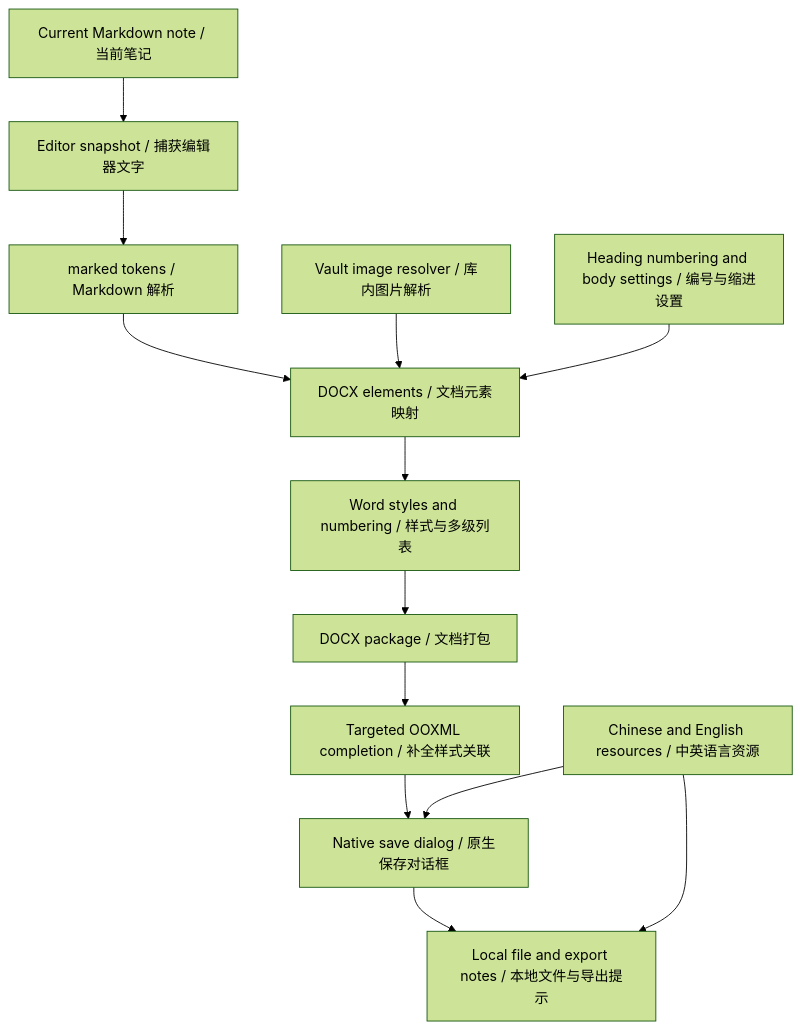
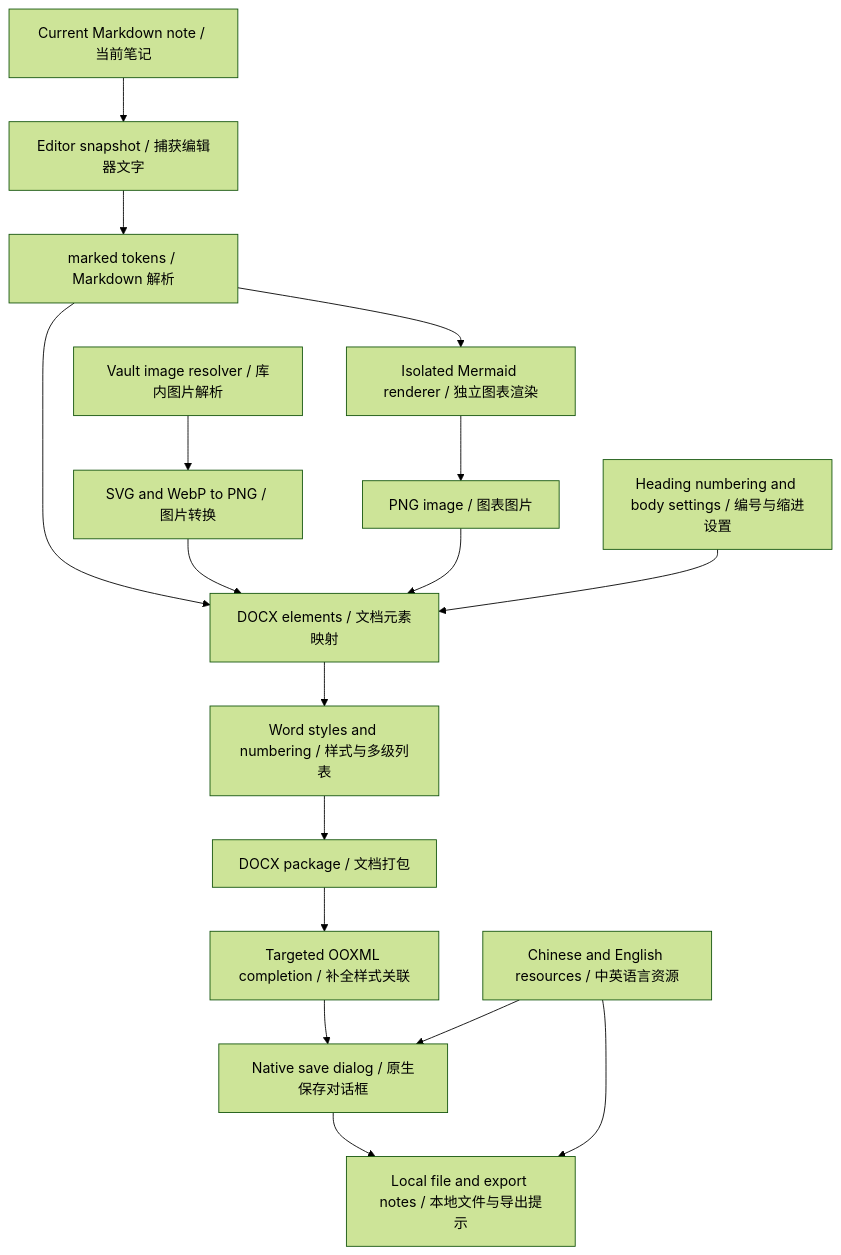
Before and after one commit to WNGjeanm/obsidian-noteport: the diagram in docs/architecture.md, drawn with Mermaid (forest theme). The commit also changed other lines of this file and 33 other files, not shown here.

Commit message:
Release NotePort 0.2.0: images and Mermaid to Word

````diff
--- a/docs/architecture.md
+++ b/docs/architecture.md
@@ -11,15 +11,19 @@
 ```mermaid
 flowchart TD
     A[Current Markdown note / 当前笔记] --> B[Editor snapshot / 捕获编辑器文字]
     B --> C[marked tokens / Markdown 解析]
     C --> D[DOCX elements / 文档元素映射]
-    E[Vault image resolver / 库内图片解析] --> D
+    E[Vault image resolver / 库内图片解析] --> M[SVG and WebP to PNG / 图片转换]
+    M --> D
+    C --> R[Isolated Mermaid renderer / 独立图表渲染]
+    R --> P[PNG image / 图表图片]
+    P --> D
     F[Heading numbering and body settings / 编号与缩进设置] --> D
     D --> G[Word styles and numbering / 样式与多级列表]
     G --> H[DOCX package / 文档打包]
     H --> I[Targeted OOXML completion / 补全样式关联]
     I --> J[Native save dialog / 原生保存对话框]
     J --> K[Local file and export notes / 本地文件与导出提示]
     L[Chinese and English resources / 中英语言资源] --> J
     L --> K
 ```
````
